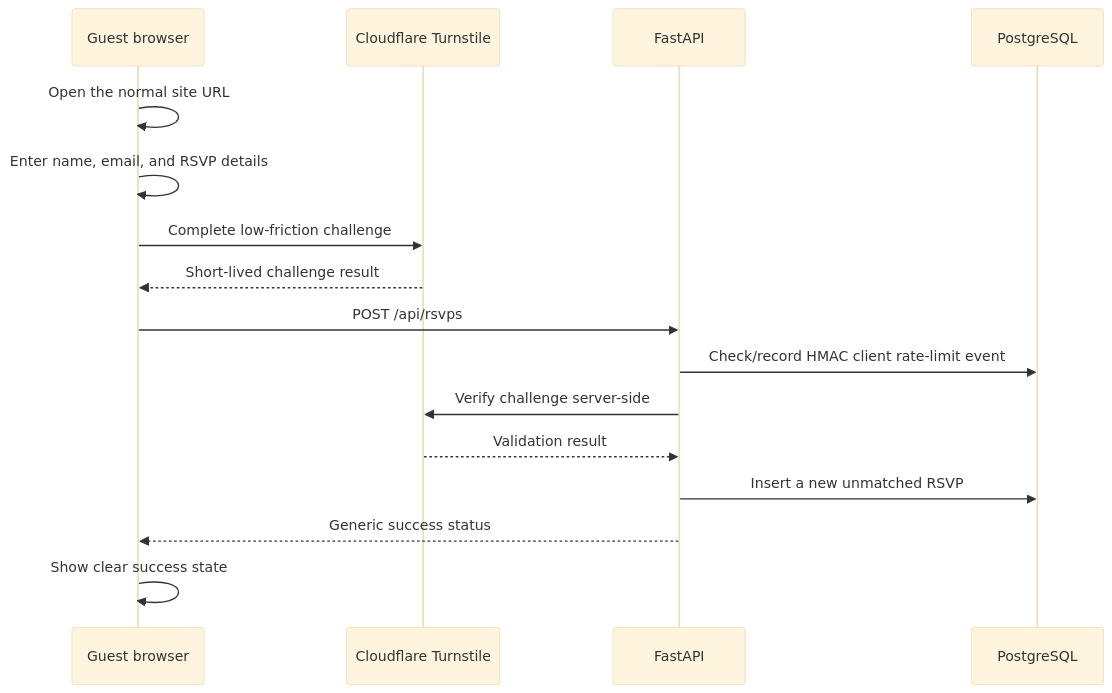
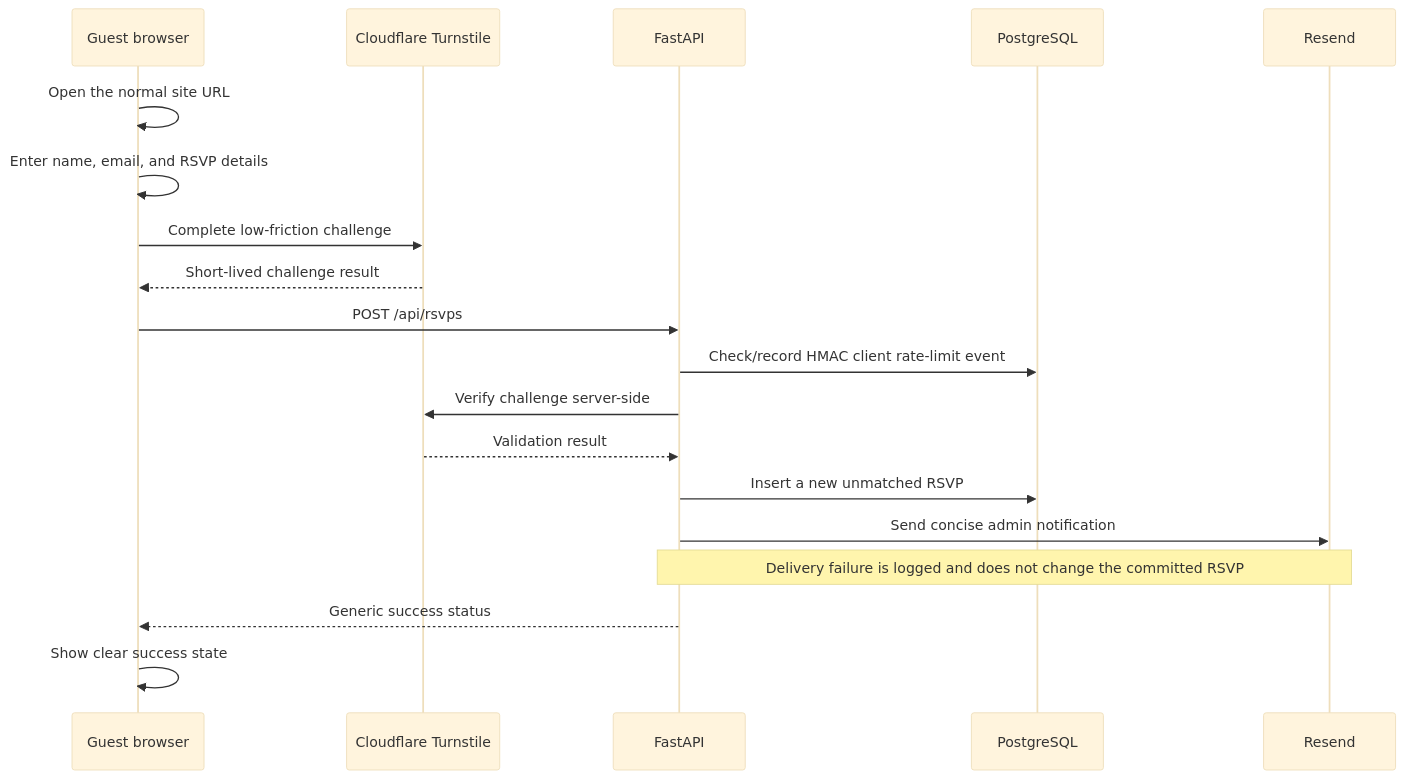
The diagram in docs/architecture.md (drkosman/wedding-site), drawn with Mermaid (base theme) before and after one commit. The commit also changed other lines of this file and 10 other files, not shown here.

Commit message:
Added ability to email RSVP

````diff
--- a/docs/architecture.md
+++ b/docs/architecture.md
@@ -29,19 +29,22 @@
 ```mermaid
 sequenceDiagram
     participant Guest as Guest browser
     participant Turnstile as Cloudflare Turnstile
     participant API as FastAPI
     participant DB as PostgreSQL
+    participant Email as Resend
 
     Guest->>Guest: Open the normal site URL
     Guest->>Guest: Enter name, email, and RSVP details
     Guest->>Turnstile: Complete low-friction challenge
     Turnstile-->>Guest: Short-lived challenge result
     Guest->>API: POST /api/rsvps
     API->>DB: Check/record HMAC client rate-limit event
     API->>Turnstile: Verify challenge server-side
     Turnstile-->>API: Validation result
     API->>DB: Insert a new unmatched RSVP
+    API->>Email: Send concise admin notification
+    Note over API,Email: Delivery failure is logged and does not change the committed RSVP
     API-->>Guest: Generic success status
     Guest->>Guest: Show clear success state
 ```
````
